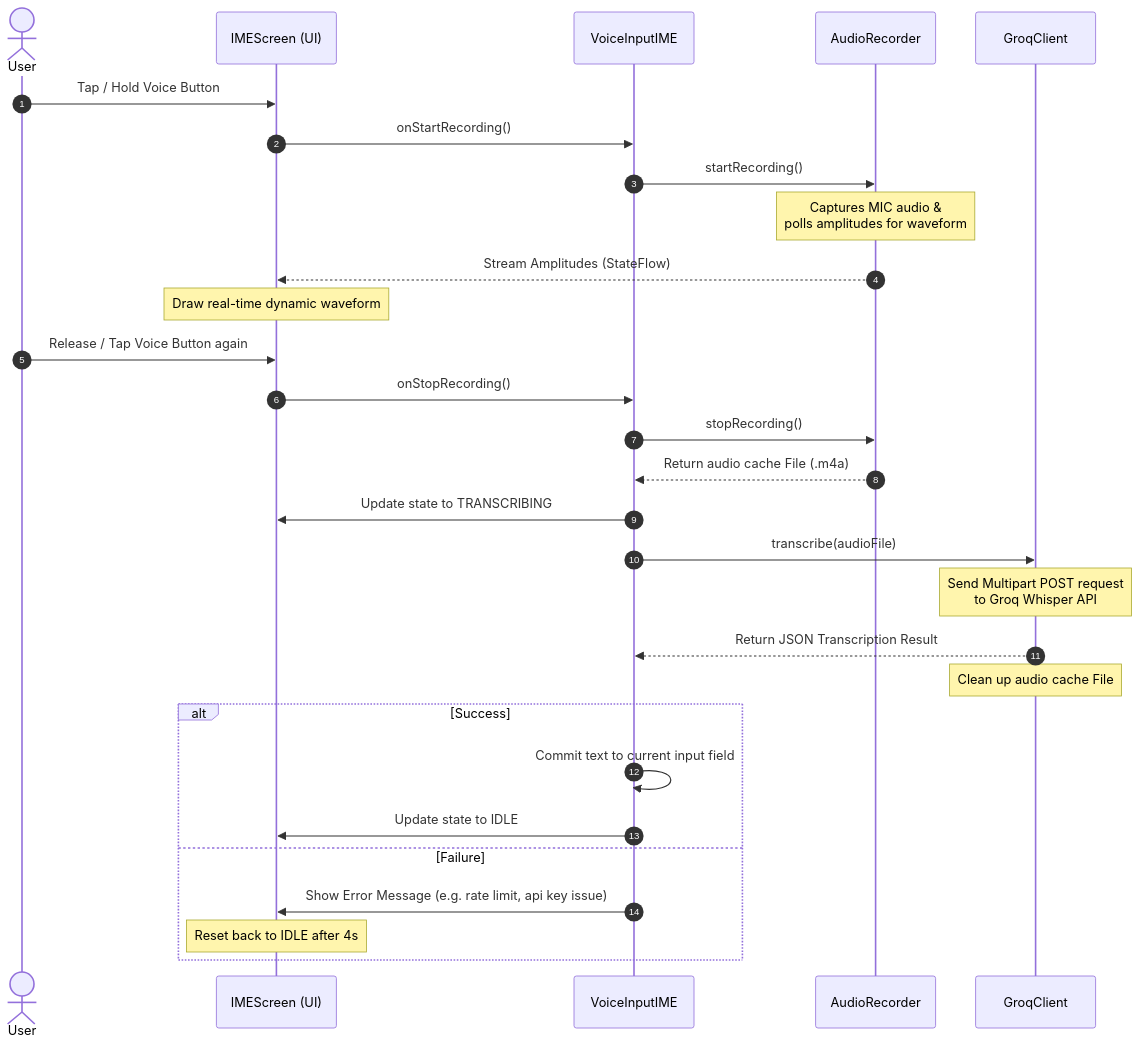
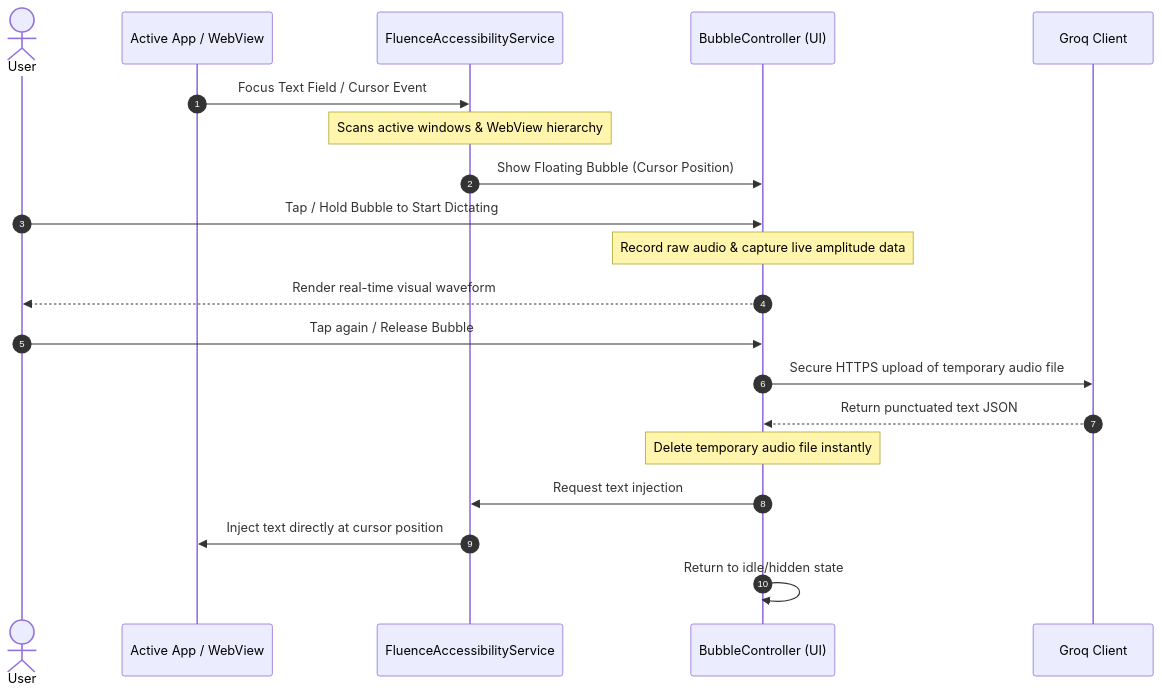
The diagram in README.md (raviumeshkulkarni-web/Fluence), drawn with Mermaid before and after one commit. The commit also changed other lines of this file and 3 other files, not shown here.

Commit message:
docs: Update README with new features, architecture and visual screenshots

````diff
--- a/README.md
+++ b/README.md
@@ -88,36 +72,26 @@
 ```mermaid
 sequenceDiagram
     autonumber
     actor User
-    participant IME as IMEScreen (UI)
-    participant Service as VoiceInputIME
-    participant Recorder as AudioRecorder
-    participant API as GroqClient
-
-    User->>IME: Tap / Hold Voice Button
-    IME->>Service: onStartRecording()
-    Service->>Recorder: startRecording()
-    Note over Recorder: Captures MIC audio &<br/>polls amplitudes for waveform
-
-    Recorder-->>IME: Stream Amplitudes (StateFlow)
-    Note over IME: Draw real-time dynamic waveform
-
-    User->>IME: Release / Tap Voice Button again
-    IME->>Service: onStopRecording()
-    Service->>Recorder: stopRecording()
-    Recorder-->>Service: Return audio cache File (.m4a)
-    Service->>IME: Update state to TRANSCRIBING
-
-    Service->>API: transcribe(audioFile)
-    Note over API: Send Multipart POST request<br/>to Groq Whisper API
-    API-->>Service: Return JSON Transcription Result
-    Note over API: Clean up audio cache File
-
-    alt Success
-        Service->>Service: Commit text to current input field
-        Service->>IME: Update state to IDLE
-    else Failure
-        Service->>IME: Show Error Message (e.g. rate limit, api key issue)
-        Note over IME: Reset back to IDLE after 4s
-    end
+    participant App as Active App / WebView
+    participant Service as FluenceAccessibilityService
+    participant Overlay as BubbleController (UI)
+    participant API as Groq Client
+    
+    App->>Service: Focus Text Field / Cursor Event
+    Note over Service: Scans active windows & WebView hierarchy
+    Service->>Overlay: Show Floating Bubble (Cursor Position)
+    
+    User->>Overlay: Tap / Hold Bubble to Start Dictating
+    Note over Overlay: Record raw audio & capture live amplitude data
+    Overlay-->>User: Render real-time visual waveform
+    
+    User->>Overlay: Tap again / Release Bubble
+    Overlay->>API: Secure HTTPS upload of temporary audio file
+    API-->>Overlay: Return punctuated text JSON
+    Note over Overlay: Delete temporary audio file instantly
+    
+    Overlay->>Service: Request text injection
+    Service->>App: Inject text directly at cursor position
+    Overlay->>Overlay: Return to idle/hidden state
 ```
````
